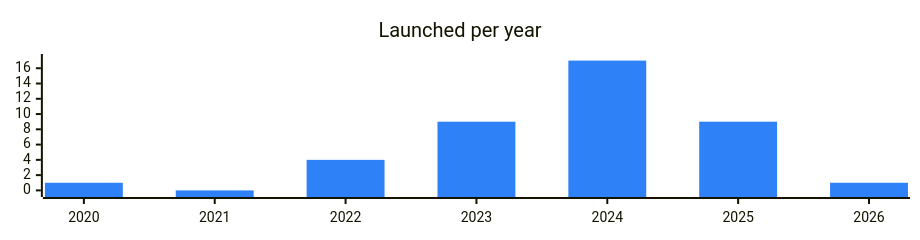
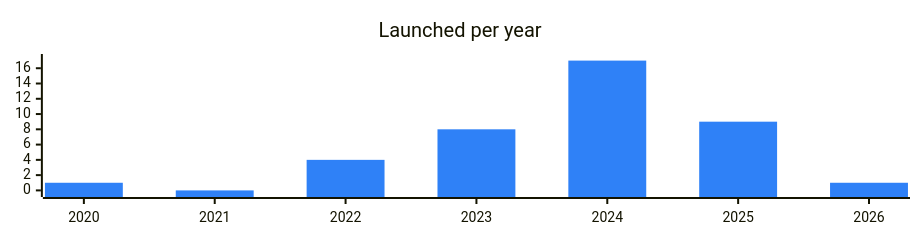
One commit to vitalikgpt/gram-ecosystem changed the diagram in categories/staking.md. Above: the diagram before and after it, drawn with Mermaid. The commit also changed other lines of this file and 71 other files, not shown here.

````diff
--- a/categories/staking.md
+++ b/categories/staking.md
@@ -7,7 +7,7 @@
 ```mermaid
 %%{init: {"xyChart": {"width": 900, "height": 220}, "themeVariables": {"xyChart": {"plotColorPalette": "#2f81f7"}}}}%%
 xychart-beta
   title "Launched per year"
   x-axis ["2020", "2021", "2022", "2023", "2024", "2025", "2026"]
-  bar [1, 0, 4, 9, 17, 9, 1]
+  bar [1, 0, 4, 8, 17, 9, 1]
 ```
````
